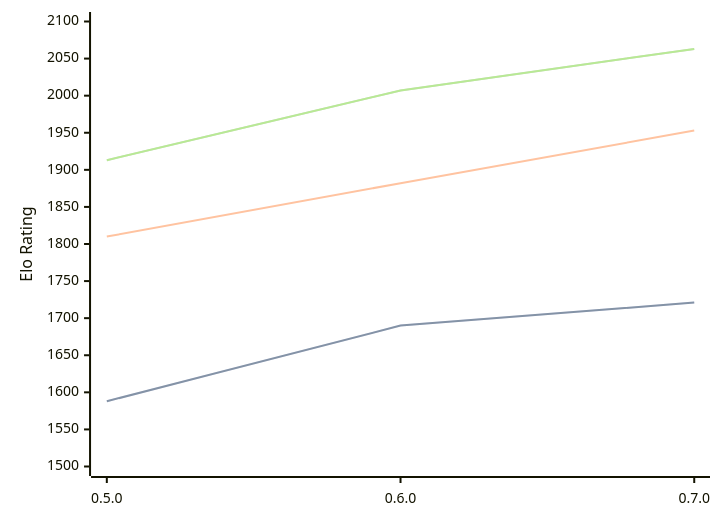
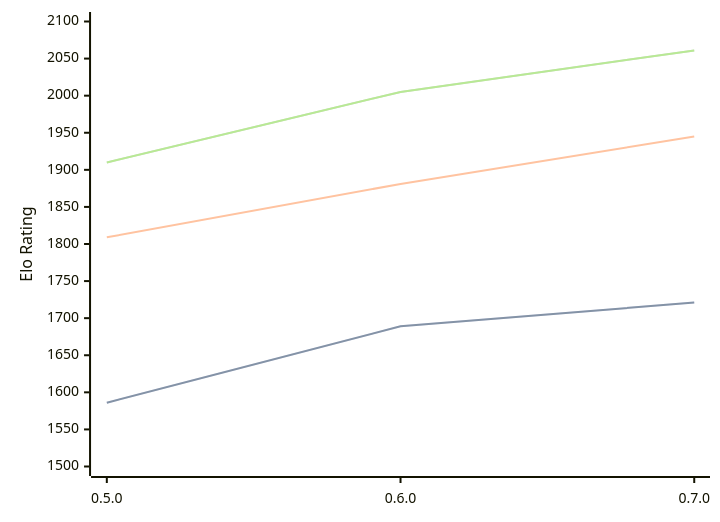
One commit to computer-chess-index/cci changed the diagram in engines/Chess-rs.md. Above: the diagram before and after it, drawn with Mermaid. The commit also changed other lines of this file, not shown here.

Commit message:
Update CCI Ratings (ELO VLTC) - 2026-04-01

````diff
--- a/engines/Chess-rs.md
+++ b/engines/Chess-rs.md
@@ -41,11 +41,11 @@
 ```mermaid
 %%{init: {"theme":"base","themeVariables":{"seriesColors:['#a3a3a3','#222221','#faa371']}}}%%
 xychart-beta
   x-axis ["0.5.0", "0.6.0", "0.7.0"]
   y-axis "Elo Rating" 1500 --> 2100
-  line "STC (8.0+0.08s)" [1588, 1690, 1721]
-  line "STC (8.0+0.08s)" [1588, 1690, 1721]
-  line "LTC (60.0+0.60s)" [1810, 1882, 1953]
-  line "VLTC (2m24s+1.12s)" [1913, 2007, 2063]
-  line "VLTC (2m24s+1.12s)" [1913, 2007, 2063]
+  line "STC (8.0+0.08s)" [1586, 1689, 1721]
+  line "STC (8.0+0.08s)" [1586, 1689, 1721]
+  line "LTC (60.0+0.60s)" [1809, 1881, 1945]
+  line "VLTC (2m24s+1.12s)" [1910, 2005, 2061]
+  line "VLTC (2m24s+1.12s)" [1910, 2005, 2061]
 ```
````
